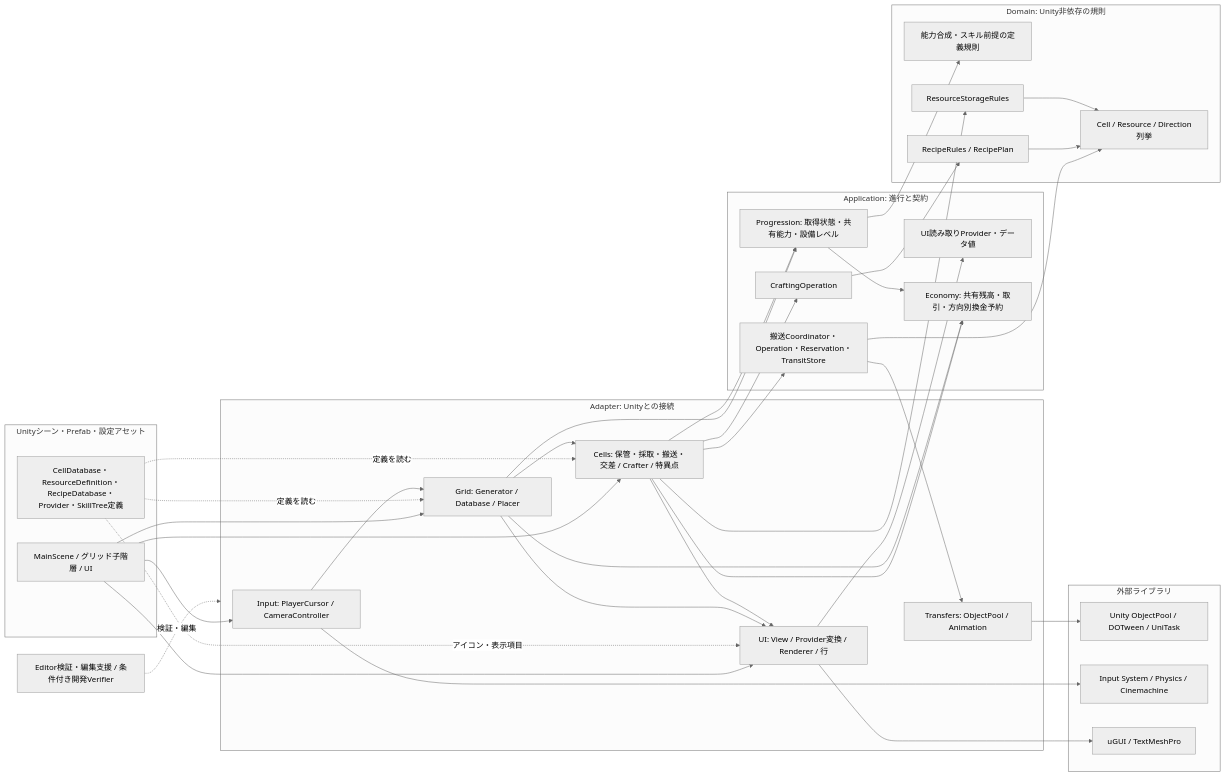
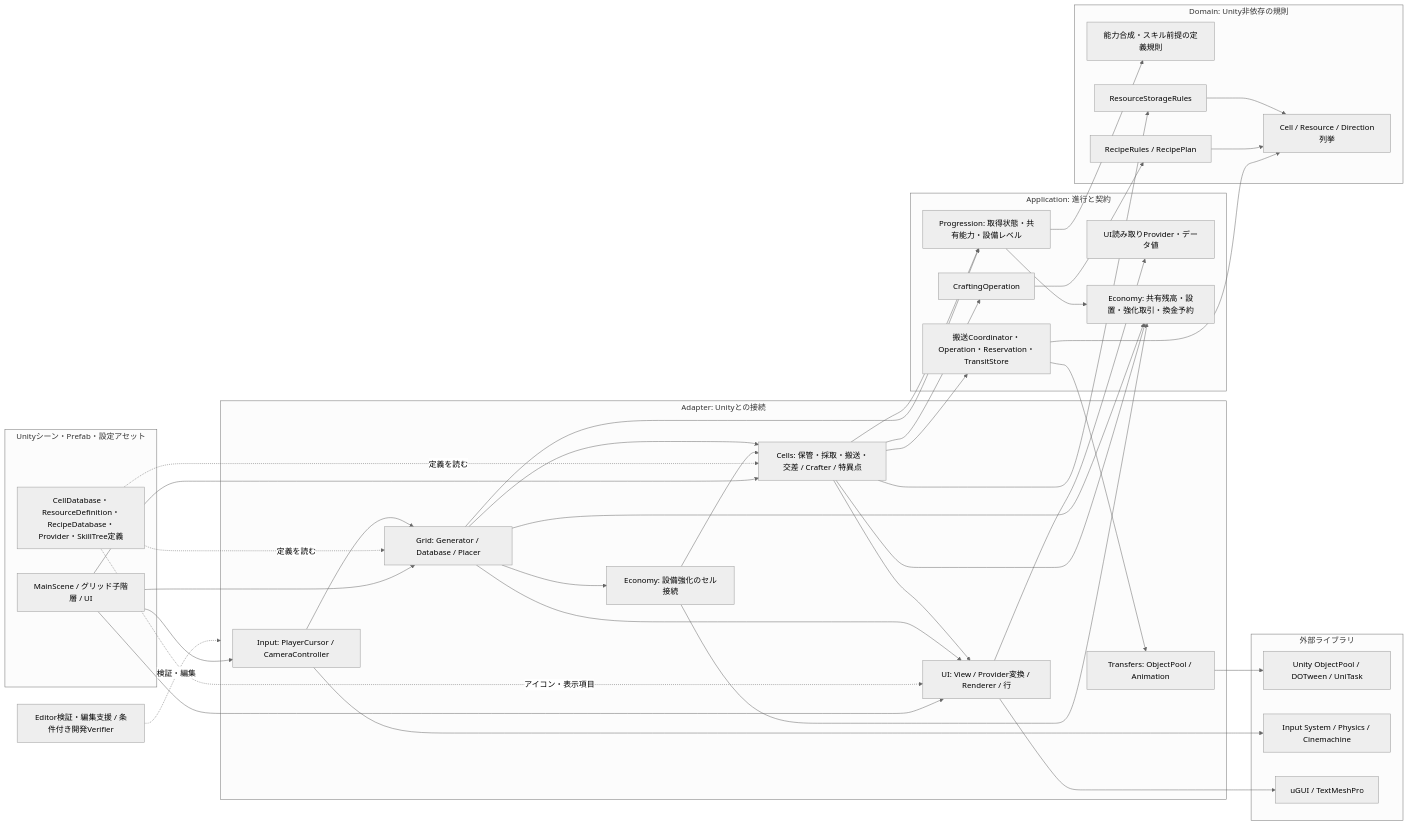
Before and after one commit to AoiTomiyama/FactoryGame: the first of 2 diagrams in docs/design/current-architecture.md, drawn with Mermaid (neutral theme). The commit also changed other lines of this file and 14 other files, not shown here.

````diff
--- a/docs/design/current-architecture.md
+++ b/docs/design/current-architecture.md
@@ -34,62 +36,66 @@
 ```mermaid
 flowchart LR
  subgraph Scene["Unityシーン・Prefab・設定アセット"]
   Main["MainScene / グリッド子階層 / UI"]
   SO["CellDatabase・ResourceDefinition・RecipeDatabase・Provider・SkillTree定義"]
  end
  subgraph Adapter["Adapter: Unityとの接続"]
   Input["Input: PlayerCursor / CameraController"]
   Grid["Grid: Generator / Database / Placer"]
+  Upgrade["Economy: 設備強化のセル接続"]
   Cells["Cells: 保管・採取・搬送・交差 / Crafter / 特異点"]
   Presentation["Transfers: ObjectPool / Animation"]
   UI["UI: View / Provider変換 / Renderer / 行"]
  end
  subgraph Application["Application: 進行と契約"]
   Transfer["搬送Coordinator・Operation・Reservation・TransitStore"]
   Craft["CraftingOperation"]
   Read["UI読み取りProvider・データ値"]
   Progression["Progression: 取得状態・共有能力・設備レベル"]
-  Economy["Economy: 共有残高・取引・方向別換金予約"]
+  Economy["Economy: 共有残高・設置・強化取引・換金予約"]
  end
  subgraph Domain["Domain: Unity非依存の規則"]
   Stats["能力合成・スキル前提の定義規則"]
   Storage["ResourceStorageRules"]
   Recipe["RecipeRules / RecipePlan"]
   Enum["Cell / Resource / Direction列挙"]
  end
  Main --> Input
  Main --> Grid
  Main --> Cells
  Main --> UI
  SO -. "定義を読む" .-> Grid
  SO -. "定義を読む" .-> Cells
  SO -. "アイコン・表示項目" .-> UI
  Input --> Grid
+ Grid --> Upgrade
+ Upgrade --> Cells
+ Upgrade --> Economy
  Grid --> Cells
  Grid --> UI
  Cells --> Economy
  Grid --> Progression
  Cells --> Progression
  Progression --> Economy
  Progression --> Stats
  Grid --> Economy
  Cells --> Transfer
  Cells --> Craft
  Cells --> Storage
  Cells --> UI
  UI --> Read
  Transfer --> Presentation
  Transfer --> Enum
  Craft --> Recipe
  Recipe --> Enum
  Storage --> Enum
  Presentation --> External
  Input --> InputLib
  UI --> UILib
  Editor["Editor検証・編集支援 / 条件付き開発Verifier"] -. "検証・編集" .-> Adapter
  subgraph Libraries["外部ライブラリ"]
  External["Unity ObjectPool / DOTween / UniTask"]
  InputLib["Input System / Physics / Cinemachine"]
  UILib["uGUI / TextMeshPro"]
  end
 ```
````
